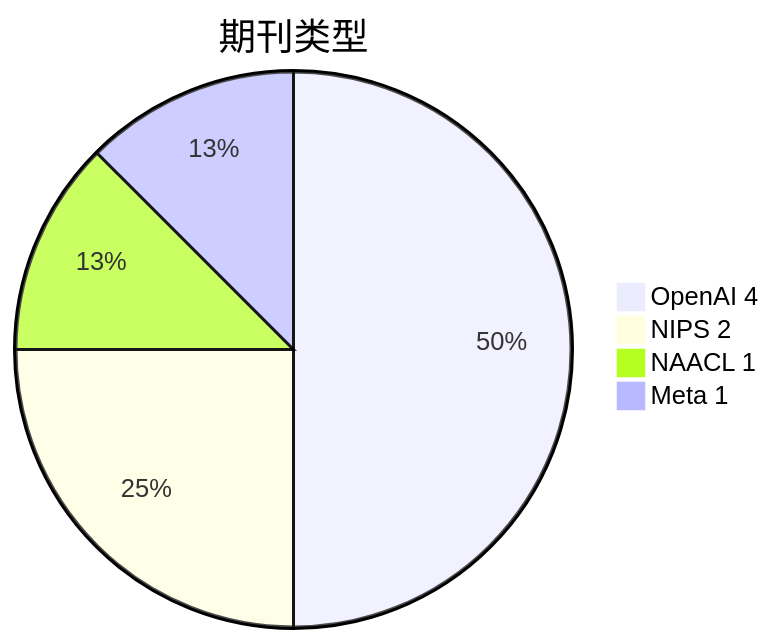
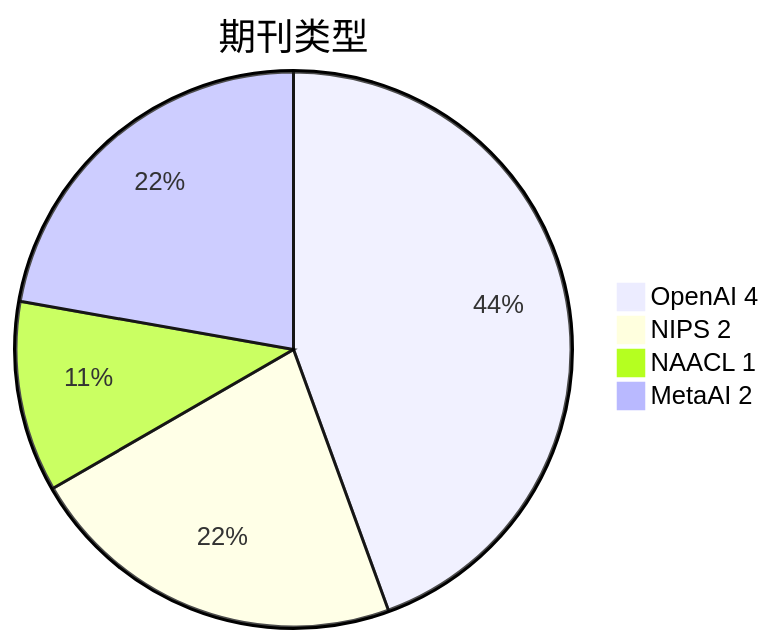
One commit to Elephant-King9/Paper changed the second of 4 diagrams in Base_Model/LLM/analyse.md. Above: the diagram before and after it, drawn with Mermaid. The commit also changed other lines of this file and 4 other files, not shown here.

````diff
--- a/Base_Model/LLM/analyse.md
+++ b/Base_Model/LLM/analyse.md
@@ -32,7 +36,7 @@
 ```mermaid
 pie title 期刊类型
 		"OpenAI 4" : 4
 		"NIPS 2" : 2
 		"NAACL 1" : 1
-		"Meta 1" : 1 
+		"MetaAI 2" : 2
 ```
````
